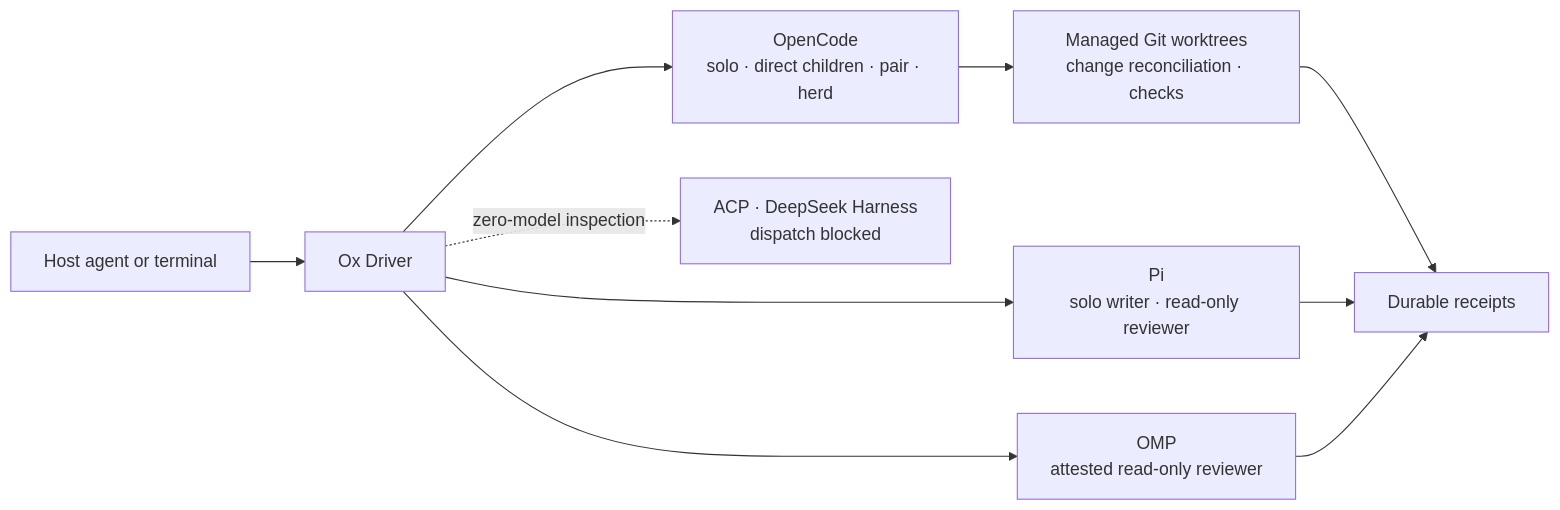
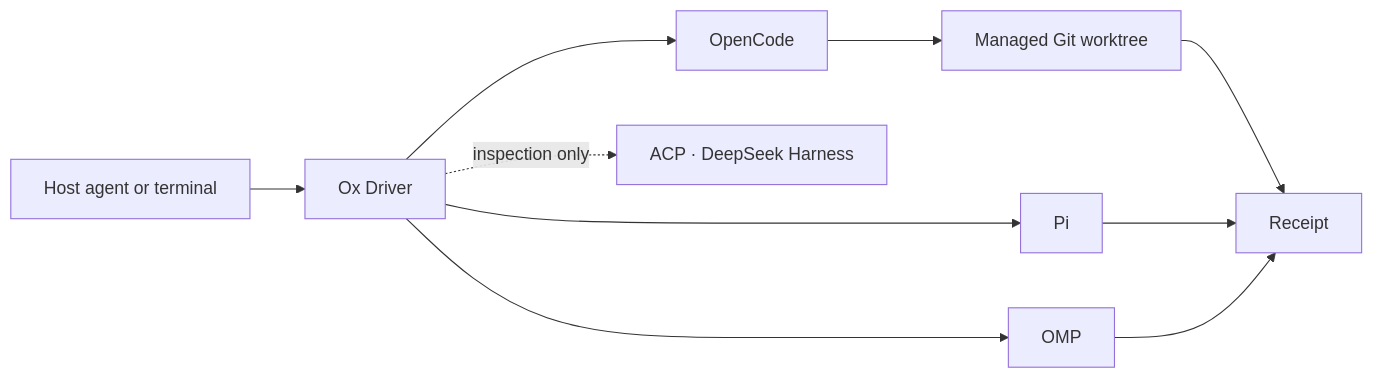
The first of 3 diagrams in README.md (jvogan/ox-driver), drawn with Mermaid before and after one commit. The commit also changed other lines of this file and 56 other files, not shown here.

Commit message:
release multi-harness Ox Driver 2.0

````diff
--- a/README.md
+++ b/README.md
@@ -15,16 +12,16 @@
 ```mermaid
 flowchart LR
     accTitle: Ox Driver harness and receipt flow
-    accDescr: A host agent or terminal selects Ox Driver, which dispatches supported work to OpenCode, Pi, or OMP and returns durable receipts. ACP and DeepSeek Harness provide inspection only.
+    accDescr: A host agent or terminal drives Ox Driver, which dispatches work to OpenCode, Pi, or OMP and returns durable receipts. ACP and DeepSeek Harness support inspection only.
 
     H["Host agent or terminal"] --> O["Ox Driver"]
-    O --> OC["OpenCode<br/>solo · direct children · pair · herd"]
-    O --> PI["Pi<br/>solo writer · read-only reviewer"]
-    O --> OM["OMP<br/>attested read-only reviewer"]
-    O -. "zero-model inspection" .-> Q["ACP · DeepSeek Harness<br/>dispatch blocked"]
+    O --> OC["OpenCode"]
+    O --> PI["Pi"]
+    O --> OM["OMP"]
+    O -. "inspection only" .-> Q["ACP · DeepSeek Harness"]
 
-    OC --> W["Managed Git worktrees<br/>change reconciliation · checks"]
-    W --> R["Durable receipts"]
+    OC --> W["Managed Git worktree"]
+    W --> R["Receipt"]
     PI --> R
     OM --> R
 ```
````
